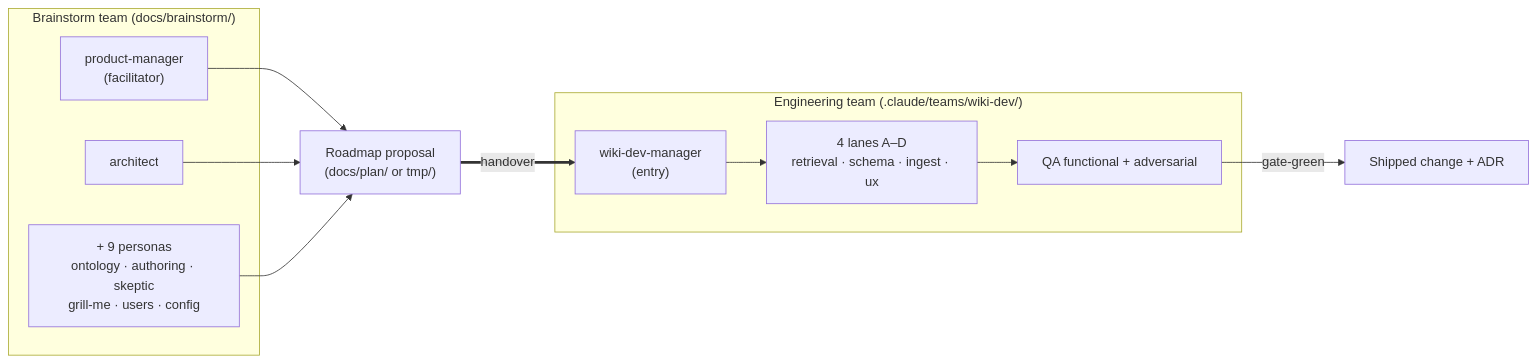
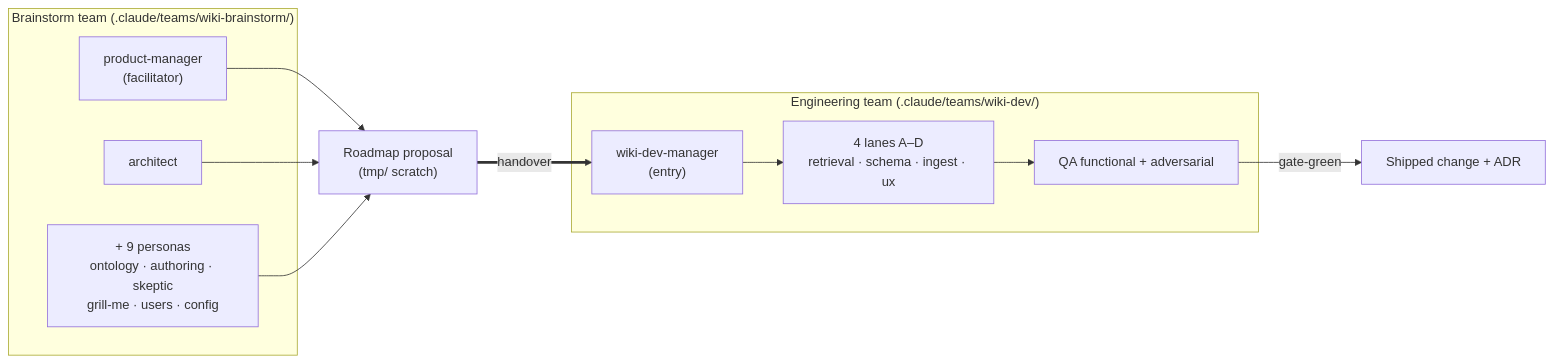
One commit to odere-pro/claude-wiki-pages-plugin changed the first of 4 diagrams in docs/design/04-teams-and-agents.md. Above: the diagram before and after it, drawn with Mermaid. The commit also changed other lines of this file and 86 other files, not shown here.

````diff
--- a/docs/design/04-teams-and-agents.md
+++ b/docs/design/04-teams-and-agents.md
@@ -9,22 +10,22 @@
 ```mermaid
 graph LR
-    subgraph BS["Brainstorm team (docs/brainstorm/)"]
+    subgraph BS["Brainstorm team (.claude/teams/wiki-brainstorm/)"]
         pm["product-manager<br/>(facilitator)"]
         arc["architect"]
         roles["+ 9 personas<br/>ontology · authoring · skeptic<br/>grill-me · users · config"]
     end
-    roadmap["Roadmap proposal<br/>(docs/plan/ or tmp/)"]
+    roadmap["Roadmap proposal<br/>(tmp/ scratch)"]
     subgraph DEV["Engineering team (.claude/teams/wiki-dev/)"]
         mgr["wiki-dev-manager<br/>(entry)"]
         lanes["4 lanes A–D<br/>retrieval · schema · ingest · ux"]
         qa["QA functional + adversarial"]
     end
 
     pm --> roadmap
     arc --> roadmap
     roles --> roadmap
     roadmap ==>|handover| mgr
     mgr --> lanes
     lanes --> qa
     qa -->|gate-green| ship["Shipped change + ADR"]
 ```
````
